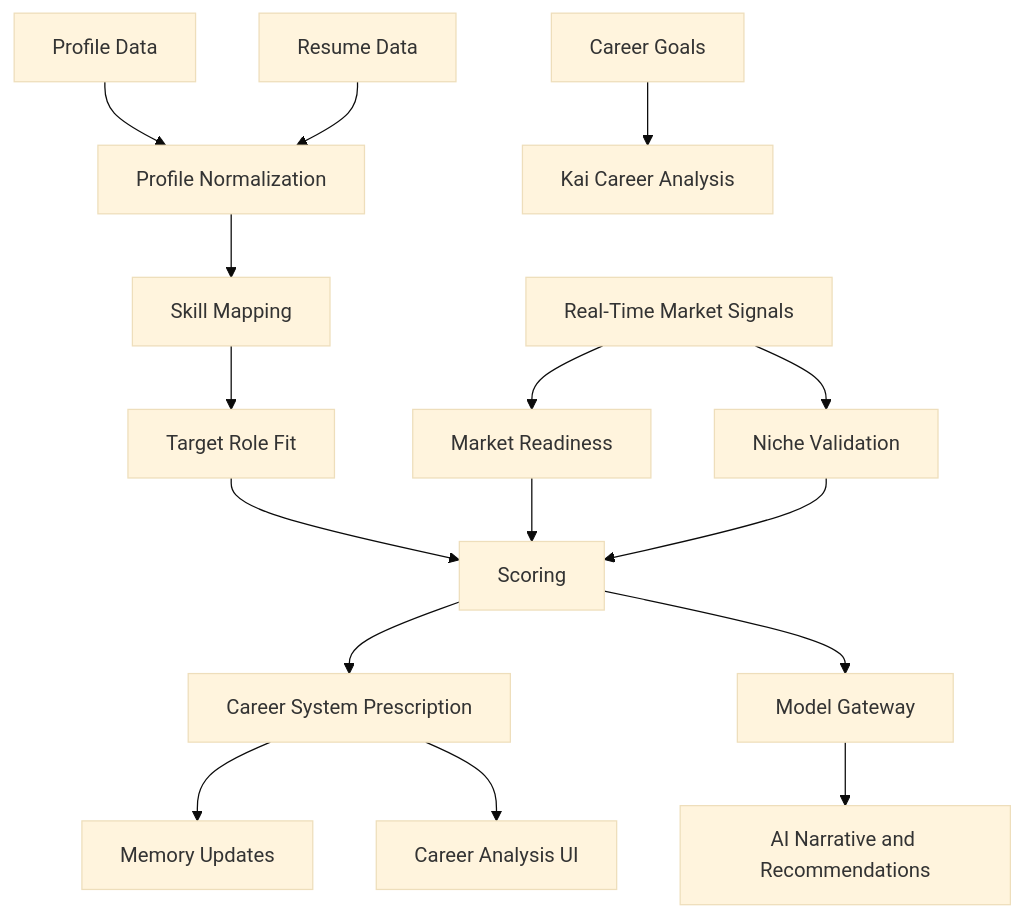
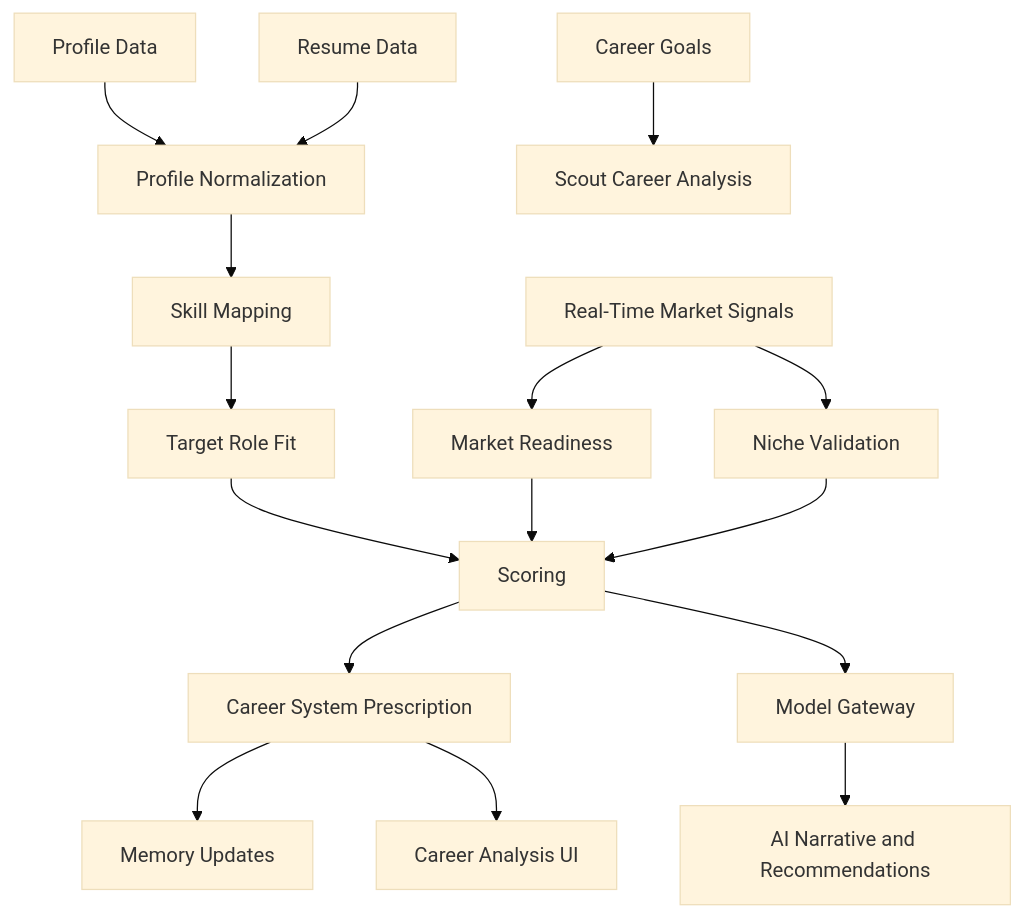
Before and after one commit to Mirzzie/Fadi: the diagram in docs/CAREER_INTELLIGENCE_ENGINE.md, drawn with Mermaid (base theme). The commit also changed other lines of this file and 142 other files, not shown here.

First line of the commit message:
feat!: rename Kai → Scout — the agent that finds what's ahead of you

````diff
--- a/docs/CAREER_INTELLIGENCE_ENGINE.md
+++ b/docs/CAREER_INTELLIGENCE_ENGINE.md
@@ -43,18 +43,18 @@
 ```mermaid
 flowchart TD
     Profile[Profile Data] --> Normalize[Profile Normalization]
     Resume[Resume Data] --> Normalize
-    Goals[Career Goals] --> Analyze[Kai Career Analysis]
+    Goals[Career Goals] --> Analyze[Scout Career Analysis]
     Normalize --> SkillMap[Skill Mapping]
     SkillMap --> RoleFit[Target Role Fit]
     MarketData[Real-Time Market Signals] --> Readiness[Market Readiness]
     MarketData --> NicheValidate[Niche Validation]
     RoleFit --> Scores[Scoring]
     Readiness --> Scores
     NicheValidate --> Scores
     Scores --> Prescription[Career System Prescription]
     Prescription --> Memory[Memory Updates]
     Prescription --> UI[Career Analysis UI]
     Scores --> Gateway[Model Gateway]
     Gateway --> Analysis[AI Narrative and Recommendations]
 ```
````
